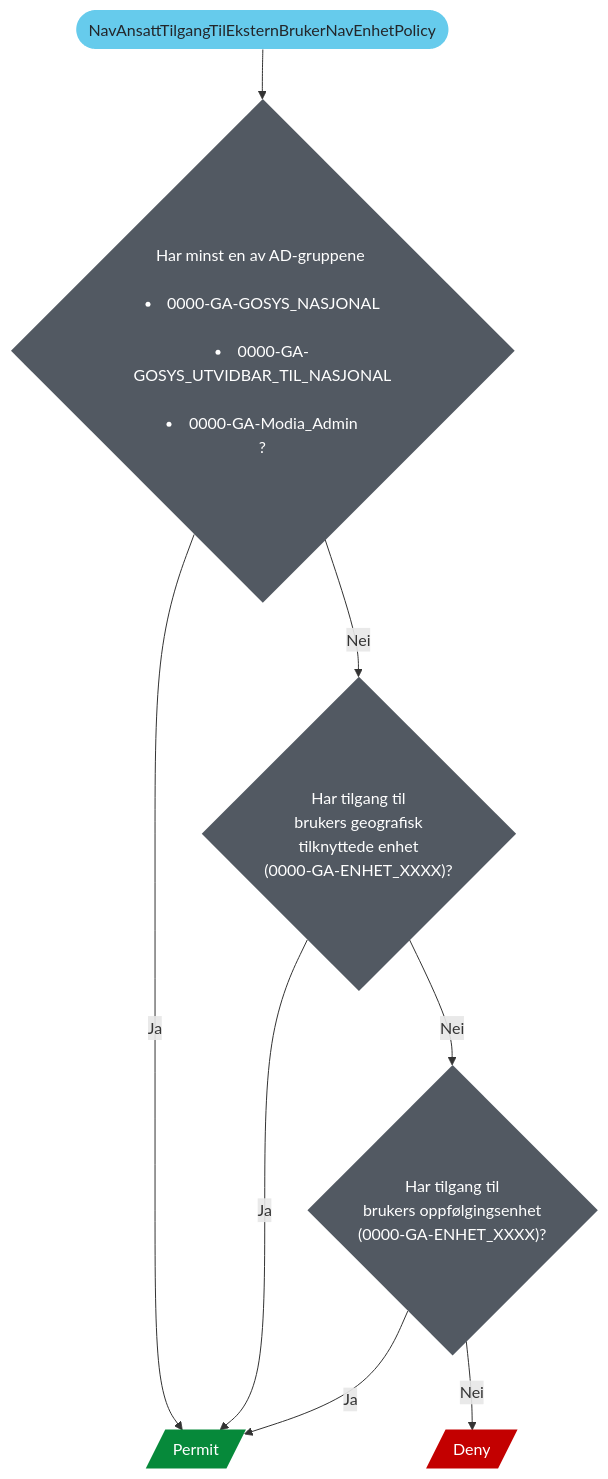
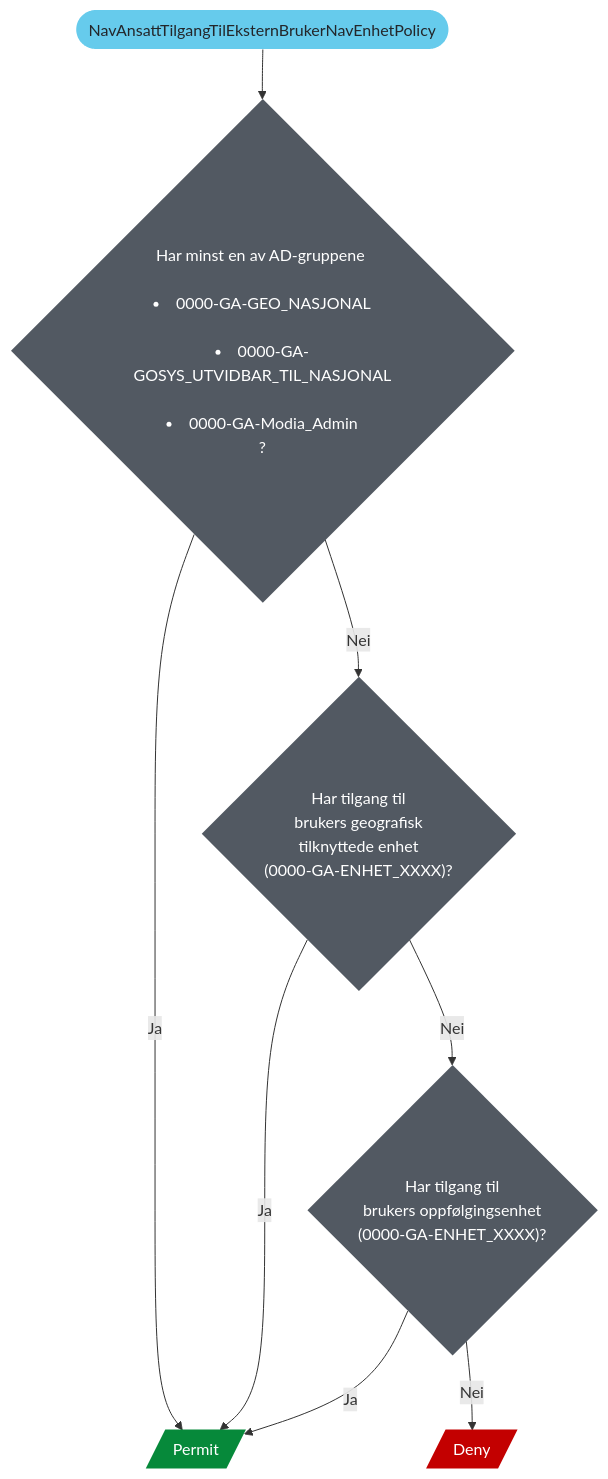
Before and after one commit to navikt/poao-tilgang: the eighth of 17 diagrams in core/src/main/kotlin/no/nav/poao_tilgang/core/policy/Policies.md, drawn with Mermaid. The commit also changed 2 other files, not shown here.

Commit message:
Oppdatert Ad-Gruppenavn til 0000-GA-GEO_NASJONAL, siden den eksisterende gruppen skal fases ut

````diff
--- a/core/src/main/kotlin/no/nav/poao_tilgang/core/policy/Policies.md
+++ b/core/src/main/kotlin/no/nav/poao_tilgang/core/policy/Policies.md
@@ -268,28 +268,28 @@
 ```mermaid
 flowchart
     Start([NavAnsattTilgangTilEksternBrukerNavEnhetPolicy])
-    Check_1{Har minst en av AD-gruppene <br> <li>0000-GA-GOSYS_NASJONAL</li> <li>0000-GA-GOSYS_UTVIDBAR_TIL_NASJONAL</li> <li>0000-GA-Modia_Admin</li>?}
+    Check_1{Har minst en av AD-gruppene <br> <li>0000-GA-GEO_NASJONAL</li> <li>0000-GA-GOSYS_UTVIDBAR_TIL_NASJONAL</li> <li>0000-GA-Modia_Admin</li>?}
     Check_2{"Har tilgang til <br> brukers geografisk <br> tilknyttede enhet <br> (0000-GA-ENHET_XXXX)?"}
     Check_3{"Har tilgang til <br> brukers oppfølgingsenhet <br> (0000-GA-ENHET_XXXX)?"}
     Permit[/Permit/]
     Deny[/Deny/]
 
     Start-->Check_1
     Check_1--Ja-->Permit
     Check_1--Nei-->Check_2
     Check_2--Ja-->Permit
     Check_2--Nei-->Check_3
     Check_3--Ja-->Permit
     Check_3--Nei-->Deny
 
     classDef success fill:#06893A,color:#FFFFFF,stroke:none
     classDef danger fill:#C30000,color:#FFFFFF,stroke:none
     classDef info fill:#66CBEC,color:#23262A,stroke:none
     classDef neutral fill:#525962,color:#FFFFFF,stroke:none
     class Start info
     class Permit success
     class Deny danger
     class Check_1 neutral
     class Check_2 neutral
     class Check_3 neutral
 ```
````
